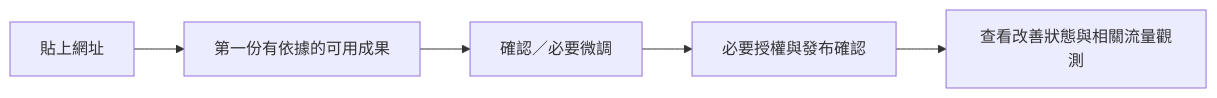
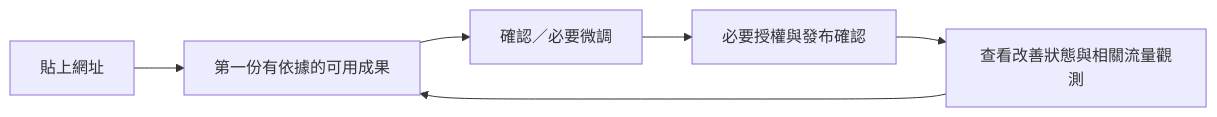
Before and after one commit to RC918/Growth-OS: the first of 2 diagrams in docs/AI_Company_Growth_OS_執行藍圖_v1.md, drawn with Mermaid. The commit also changed other lines of this file and 2 other files, not shown here.

Commit message:
docs: align continuous service roadmap and W1 fact dependency proposal

````diff
--- a/docs/AI_Company_Growth_OS_執行藍圖_v1.md
+++ b/docs/AI_Company_Growth_OS_執行藍圖_v1.md
@@ -39,7 +39,8 @@
 ```mermaid
 flowchart LR
   U["貼上網址"] --> R["第一份有依據的可用成果"]
   R --> V["確認／必要微調"]
   V --> P["必要授權與發布確認"]
   P --> M["查看改善狀態與相關流量觀測"]
+  M --> R
 ```
````
